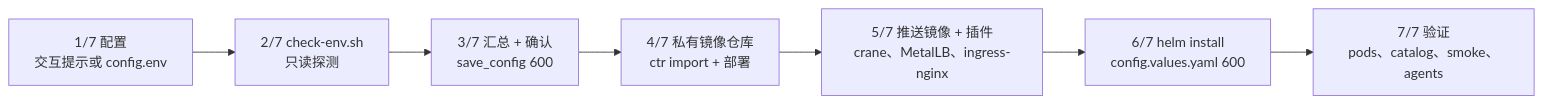
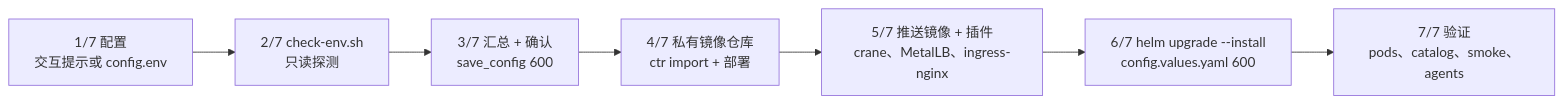
Before and after one commit to project-openan/openan-installation: the second of 5 diagrams in docs/zh/offline-install-architecture.zh.md, drawn with Mermaid. The commit also changed other lines of this file and 6 other files, not shown here.

Commit message:
feat(offline-install): upgrade in place via helm upgrade --install; document helm get manifest and config changes

````diff
--- a/docs/zh/offline-install-architecture.zh.md
+++ b/docs/zh/offline-install-architecture.zh.md
@@ -109,11 +109,11 @@
 ```mermaid
 flowchart LR
     P1[1/7 配置<br/>交互提示或 config.env]
     P2[2/7 check-env.sh<br/>只读探测]
     P3[3/7 汇总 + 确认<br/>save_config 600]
     P4[4/7 私有镜像仓库<br/>ctr import + 部署]
     P5[5/7 推送镜像 + 插件<br/>crane、MetalLB、ingress-nginx]
-    P6[6/7 helm install<br/>config.values.yaml 600]
+    P6[6/7 helm upgrade --install<br/>config.values.yaml 600]
     P7[7/7 验证<br/>pods、catalog、smoke、agents]
     P1-->P2-->P3-->P4-->P5-->P6-->P7
 ```
````
